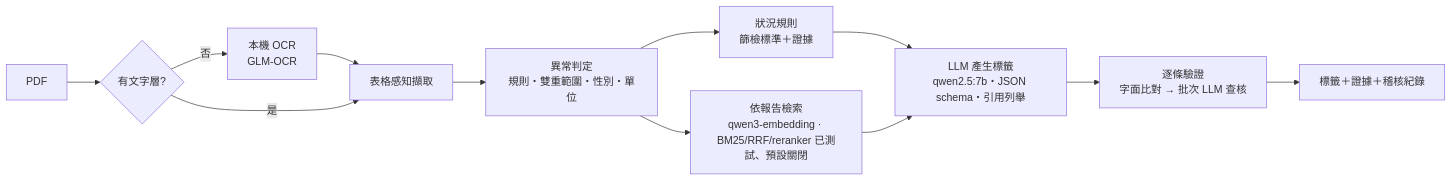
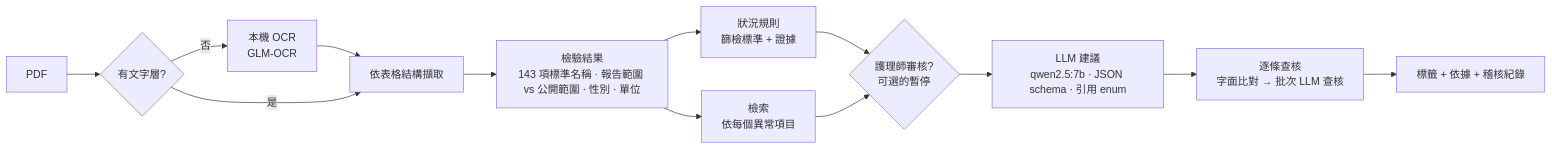
One commit to Washyu0826/health-report-reader changed the diagram in README.zh-TW.md. Above: the diagram before and after it, drawn with Mermaid. The commit also changed other lines of this file and 17 other files, not shown here.

````diff
--- a/README.zh-TW.md
+++ b/README.zh-TW.md
@@ -21,13 +39,14 @@
 ```mermaid
 flowchart LR
     A[PDF] --> B{有文字層?}
     B -- 否 --> O[本機 OCR<br/>GLM-OCR] --> C
-    B -- 是 --> C[表格感知擷取]
-    C --> D[異常判定<br/>規則・雙重範圍・性別・單位]
-    D --> E[狀況規則<br/>篩檢標準＋證據]
-    D --> F[依報告檢索<br/>qwen3-embedding · BM25/RRF/reranker 已測試、預設關閉]
-    E --> G[LLM 產生標籤<br/>qwen2.5:7b・JSON schema・引用列舉]
-    F --> G
-    G --> H[逐條驗證<br/>字面比對 → 批次 LLM 查核]
-    H --> I[標籤＋證據＋稽核紀錄]
+    B -- 是 --> C[依表格結構擷取]
+    C --> D[檢驗結果<br/>143 項標準名稱 · 報告範圍 vs 公開範圍 · 性別 · 單位]
+    D --> E[狀況規則<br/>篩檢標準 + 證據]
+    D --> F[檢索<br/>依每個異常項目]
+    E --> R{護理師審核?<br/>可選的暫停}
+    F --> R
+    R --> G[LLM 建議<br/>qwen2.5:7b · JSON schema · 引用 enum]
+    G --> H[逐條查核<br/>字面比對 → 批次 LLM 查核]
+    H --> I[標籤 + 依據 + 稽核紀錄]
 ```
````
